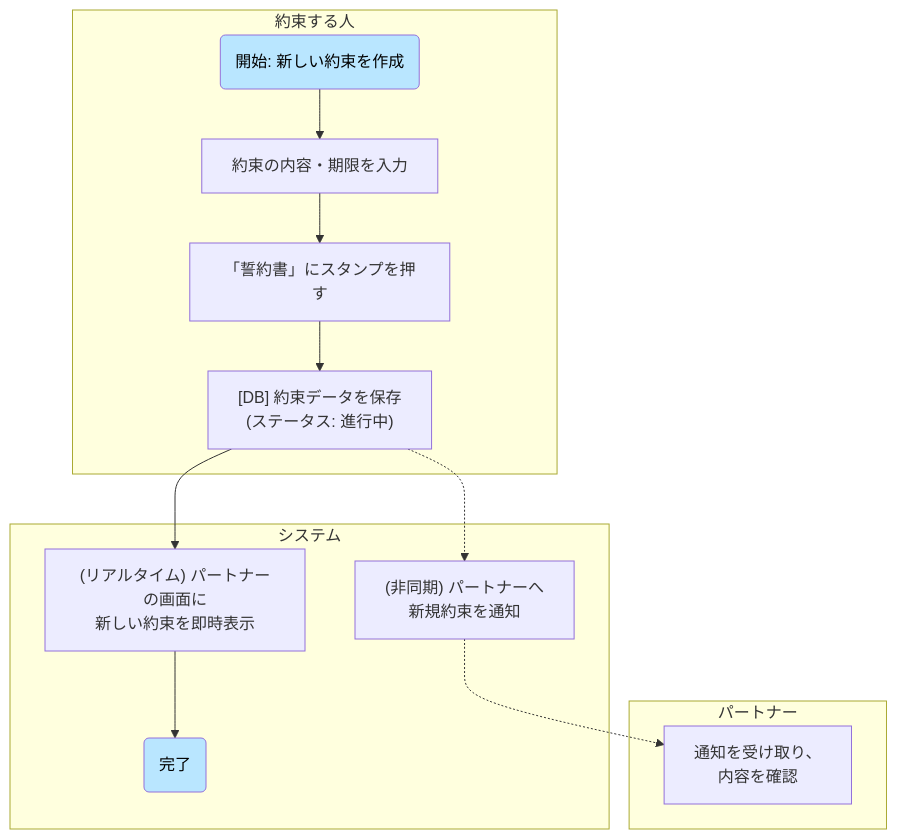
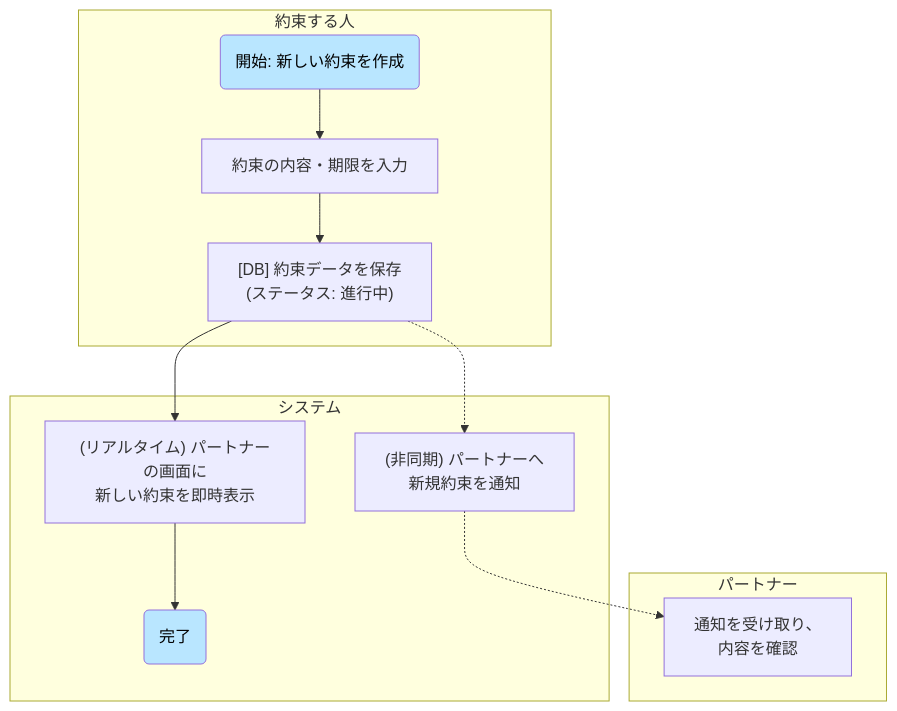
Before and after one commit to compile425/yubikirigennmann: the second of 7 diagrams in README.md, drawn with Mermaid. The commit also changed other lines of this file, not shown here.

Commit message:
README.md を更新

````diff
--- a/README.md
+++ b/README.md
@@ -48,21 +48,20 @@
 ```mermaid
 graph TD
     subgraph "約束する人"
         A1("開始: 新しい約束を作成") --> A2["約束の内容・期限を入力"]
-        A2 --> A3["「誓約書」にスタンプを押す"]
-        A3 --> S1
+        A2 --> S1
     end
 
     subgraph "システム"
         S1["[DB] 約束データを保存<br>(ステータス: 進行中)"] --> S2["(リアルタイム) パートナーの画面に<br>新しい約束を即時表示"]
         S1 -.-> S3["(非同期) パートナーへ<br>新規約束を通知"]
         S2 --> C1("完了")
     end
 
     subgraph "パートナー"
         S3 -.-> P1["通知を受け取り、<br>内容を確認"]
     end
 
     style A1 fill:#B9E6FF,color:#000
     style C1 fill:#B9E6FF,color:#000
 ```
````
